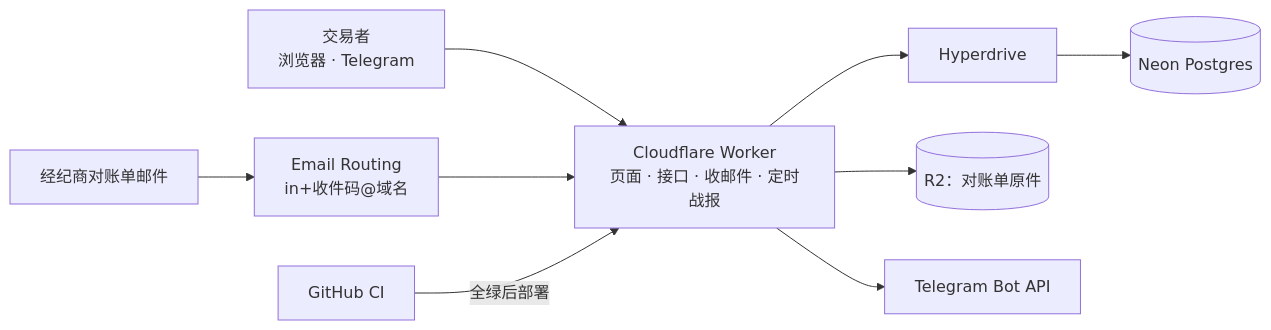
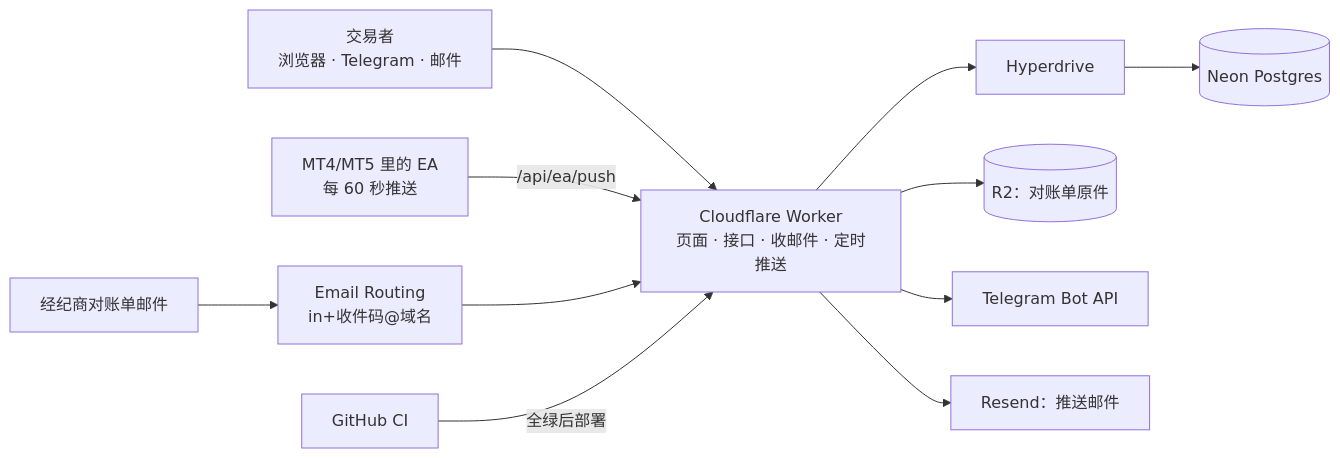
Before and after one commit to dollar3651314/trading-journal: the diagram in 项目地图.md, drawn with Mermaid. The commit also changed other lines of this file and 27 other files, not shown here.

````diff
--- a/项目地图.md
+++ b/项目地图.md
@@ -10,9 +10,11 @@
 ```mermaid
 flowchart LR
-    U["交易者<br/>浏览器 · Telegram"] --> W["Cloudflare Worker<br/>页面 · 接口 · 收邮件 · 定时战报"]
+    U["交易者<br/>浏览器 · Telegram · 邮件"] --> W["Cloudflare Worker<br/>页面 · 接口 · 收邮件 · 定时推送"]
+    EA["MT4/MT5 里的 EA<br/>每 60 秒推送"] -->|/api/ea/push| W
     M["经纪商对账单邮件"] --> ER["Email Routing<br/>in+收件码@域名"] --> W
     W --> HD["Hyperdrive"] --> PG[("Neon Postgres")]
     W --> R2[("R2：对账单原件")]
     W --> TG["Telegram Bot API"]
+    W --> RS["Resend：推送邮件"]
     GH["GitHub CI"] -->|全绿后部署| W
 ```
````
